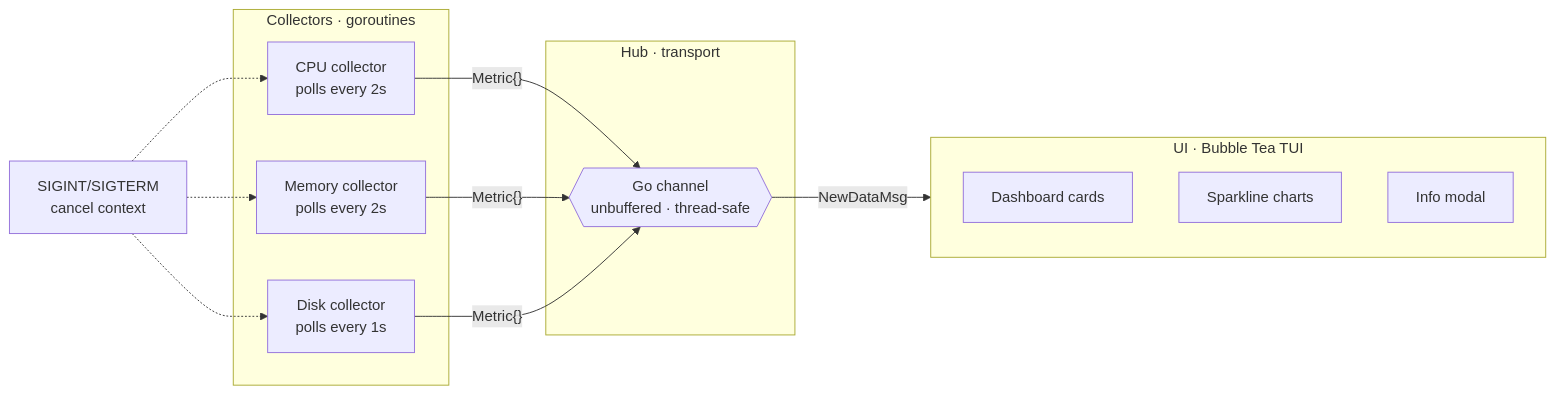
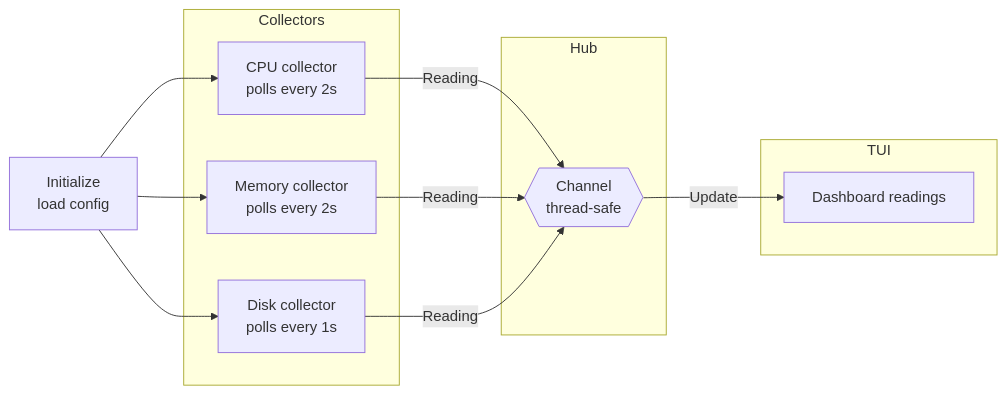
One commit to marksxiety/pulse-agent changed the diagram in README.md. Above: the diagram before and after it, drawn with Mermaid. The commit also changed other lines of this file, not shown here.

Commit message:
docs: rewrite README to highlight themes, terminal detection, and simplified architecture

````diff
--- a/README.md
+++ b/README.md
@@ -53,30 +56,28 @@
 ```mermaid
 graph LR
-    subgraph Collectors["Collectors · goroutines"]
-        CPU["CPU collector\npolls every 2s"]
-        MEM["Memory collector\npolls every 2s"]
-        DSK["Disk collector\npolls every 1s"]
+    INIT["Initialize<br>load config"]
+
+    subgraph Collectors["Collectors"]
+        CPU["CPU collector<br>polls every 2s"]
+        MEM["Memory collector<br>polls every 2s"]
+        DSK["Disk collector<br>polls every 1s"]
     end
 
-    subgraph Hub["Hub · transport"]
-        CH{{"Go channel\nunbuffered · thread-safe"}}
+    subgraph Hub["Hub"]
+        CH{{"Channel<br>thread-safe"}}
     end
 
-    subgraph UI["UI · Bubble Tea TUI"]
-        CARD["Dashboard cards"]
-        SPARK["Sparkline charts"]
-        MODAL["Info modal"]
+    subgraph TUI["TUI"]
+        RD["Dashboard readings"]
     end
 
-    SIG["SIGINT/SIGTERM\ncancel context"]
+    INIT --> CPU
+    INIT --> MEM
+    INIT --> DSK
 
-    SIG -.-> CPU
-    SIG -.-> MEM
-    SIG -.-> DSK
+    CPU -- Reading --> CH
+    MEM -- Reading --> CH
+    DSK -- Reading --> CH
 
-    CPU -- Metric{} --> CH
-    MEM -- Metric{} --> CH
-    DSK -- Metric{} --> CH
-
-    CH -- NewDataMsg --> UI
+    CH -- Update --> RD
 ```
````
